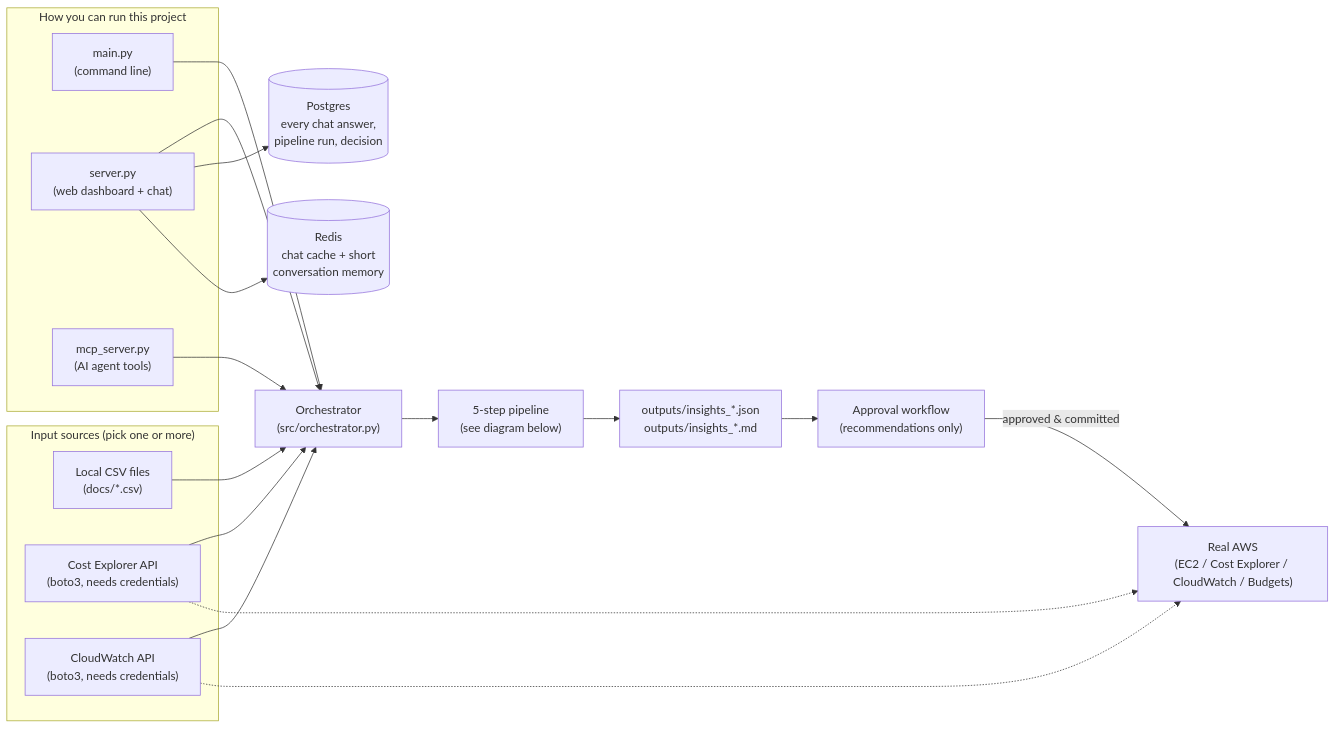
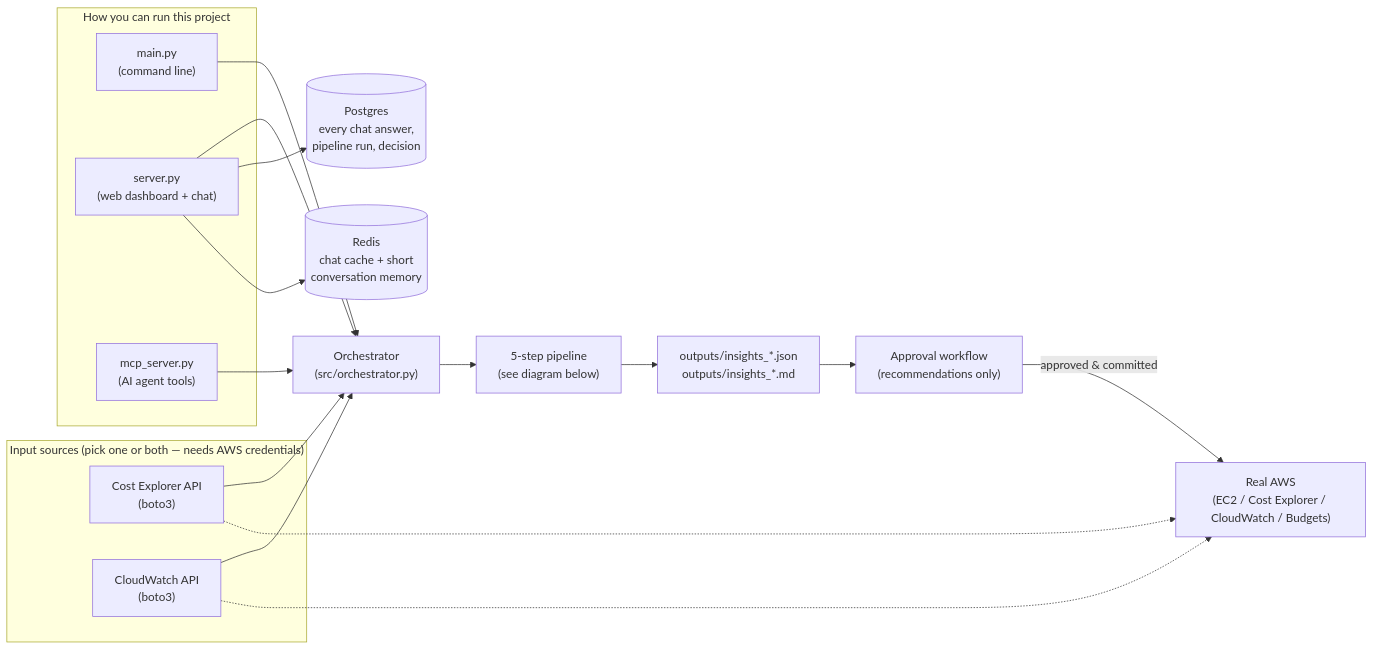
The first of 5 diagrams in README.md (kuldeepjeengar123/cloud-cost-optimization), drawn with Mermaid before and after one commit. The commit also changed other lines of this file and 36 other files, not shown here.

````diff
--- a/README.md
+++ b/README.md
@@ -93,36 +93,34 @@
 ```mermaid
 flowchart LR
     subgraph EntryPoints["How you can run this project"]
         CLI["main.py\n(command line)"]
         WEB["server.py\n(web dashboard + chat)"]
         MCP["mcp_server.py\n(AI agent tools)"]
     end
 
-    subgraph Sources["Input sources (pick one or more)"]
-        CSV["Local CSV files\n(docs/*.csv)"]
-        CE["Cost Explorer API\n(boto3, needs credentials)"]
-        CW["CloudWatch API\n(boto3, needs credentials)"]
+    subgraph Sources["Input sources (pick one or both — needs AWS credentials)"]
+        CE["Cost Explorer API\n(boto3)"]
+        CW["CloudWatch API\n(boto3)"]
     end
 
     REALAWS["Real AWS\n(EC2 / Cost Explorer / CloudWatch / Budgets)"]
 
     CLI --> ORCH
     WEB --> ORCH
     MCP --> ORCH
 
-    CSV --> ORCH
     CE --> ORCH
     CW --> ORCH
 
     ORCH["Orchestrator\n(src/orchestrator.py)"] --> PIPE["5-step pipeline\n(see diagram below)"]
     PIPE --> OUT["outputs/insights_*.json\noutputs/insights_*.md"]
 
     OUT --> APPROVAL["Approval workflow\n(recommendations only)"]
     APPROVAL -->|approved & committed| REALAWS
 
     CE -.-> REALAWS
     CW -.-> REALAWS
 
     WEB --> PG[("Postgres\nevery chat answer,\npipeline run, decision")]
     WEB --> REDIS[("Redis\nchat cache + short\nconversation memory")]
 ```
````
